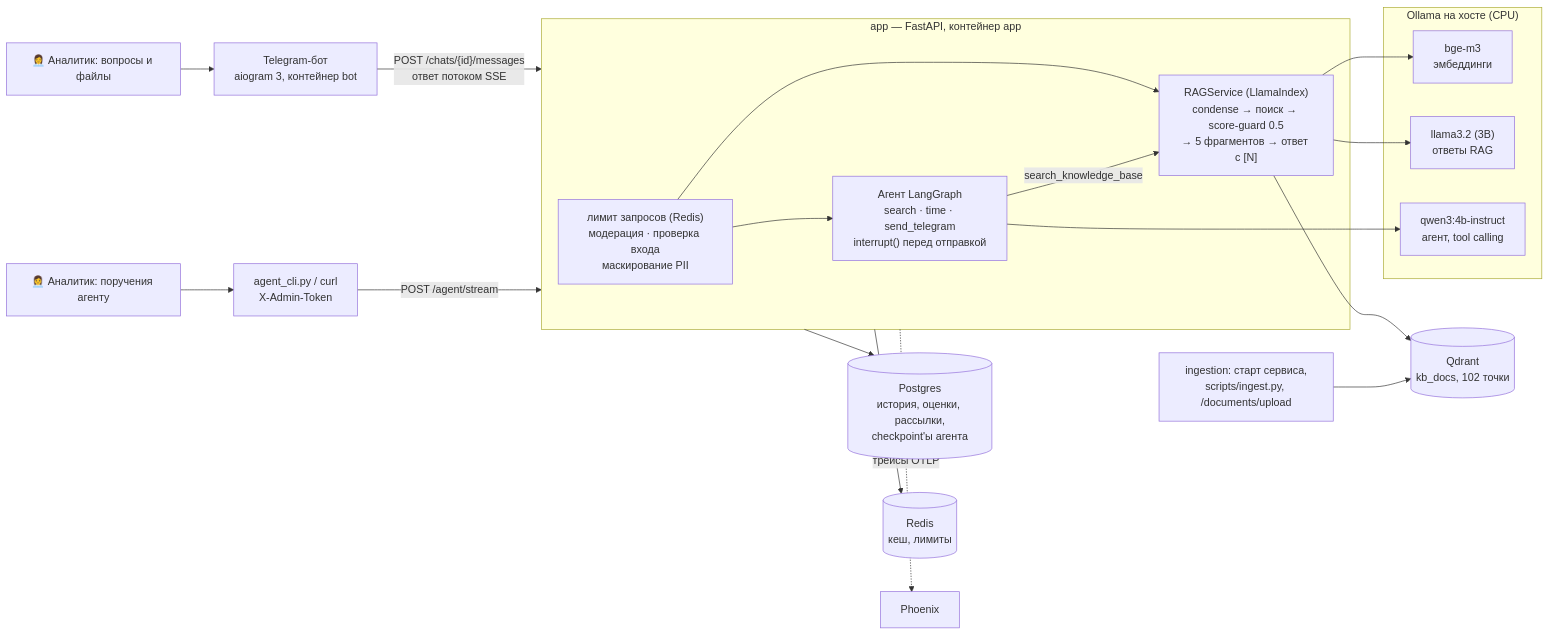
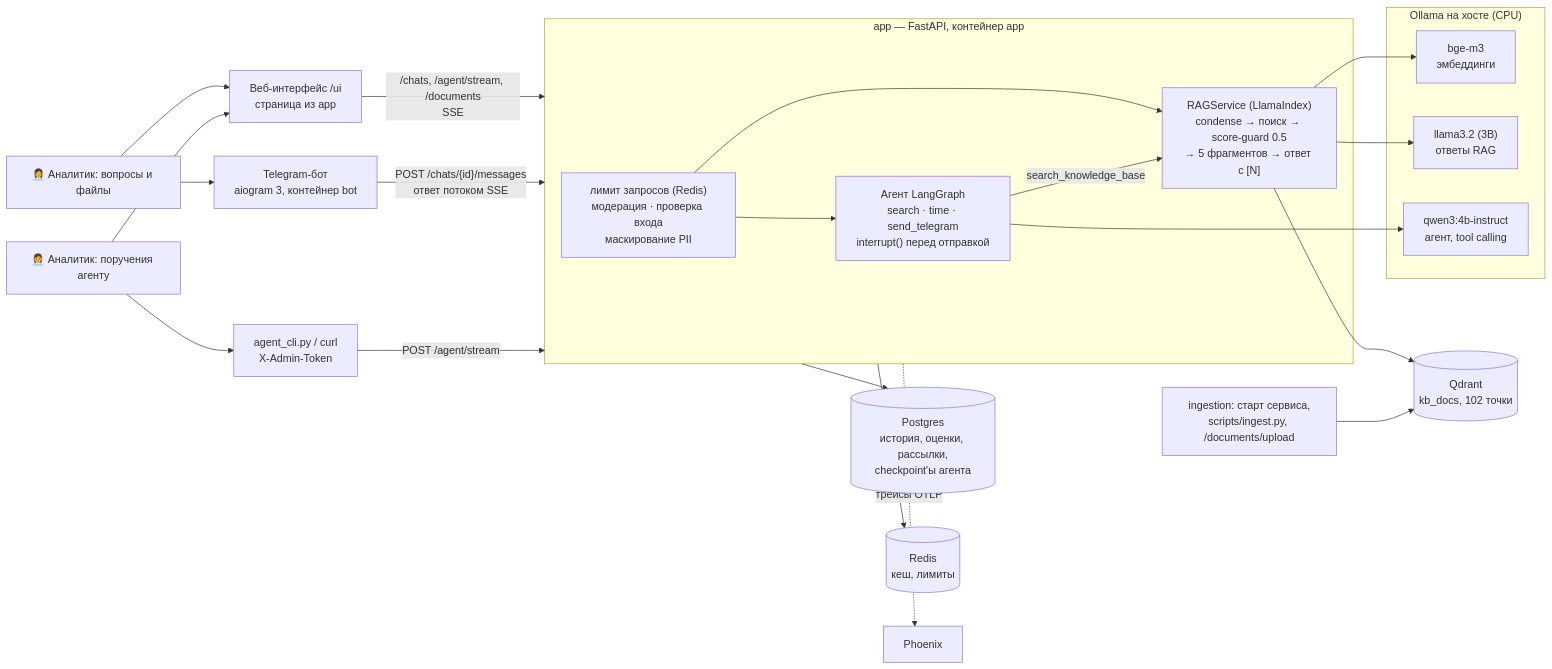
The diagram in docs/decisions.md (AlexBuQA/multapi), drawn with Mermaid before and after one commit. The commit also changed other lines of this file and 8 other files, not shown here.

First line of the commit message:
Веб-интерфейс /ui, инструкция для локального развертывания прототипа, лицензия

````diff
--- a/docs/decisions.md
+++ b/docs/decisions.md
@@ -113,28 +113,31 @@
 ```mermaid
 flowchart LR
-    U["👩‍💼 Аналитик: вопросы и файлы"] --> BOT["Telegram-бот<br/>aiogram 3, контейнер bot"]
-    OP["👩‍💼 Аналитик: поручения агенту"] --> CLI["agent_cli.py / curl<br/>X-Admin-Token"]
+    U["👩‍💼 Аналитик: вопросы и файлы"] --> WEB["Веб-интерфейс /ui<br/>страница из app"]
+    U --> BOT["Telegram-бот<br/>aiogram 3, контейнер bot"]
+    OP["👩‍💼 Аналитик: поручения агенту"] --> WEB
+    OP --> CLI["agent_cli.py / curl<br/>X-Admin-Token"]
+    WEB -->|"/chats, /agent/stream, /documents<br/>SSE"| APP
     BOT -->|"POST /chats/{id}/messages<br/>ответ потоком SSE"| APP
     CLI -->|"POST /agent/stream"| APP
     subgraph APP["app — FastAPI, контейнер app"]
         MW["лимит запросов (Redis)<br/>модерация · проверка входа<br/>маскирование PII"]
         RAG["RAGService (LlamaIndex)<br/>condense → поиск → score-guard 0.5<br/>→ 5 фрагментов → ответ с [N]"]
         AG["Агент LangGraph<br/>search · time · send_telegram<br/>interrupt() перед отправкой"]
         MW --> RAG
         MW --> AG
         AG -->|"search_knowledge_base"| RAG
     end
     subgraph OLL["Ollama на хосте (CPU)"]
         EMB["bge-m3<br/>эмбеддинги"]
         LLM["llama3.2 (3B)<br/>ответы RAG"]
         AGM["qwen3:4b-instruct<br/>агент, tool calling"]
     end
     RAG --> EMB
     RAG --> LLM
     AG --> AGM
     RAG --> QD[("Qdrant<br/>kb_docs, 102 точки")]
     APP --> PG[("Postgres<br/>история, оценки, рассылки,<br/>checkpoint'ы агента")]
     APP --> RD[("Redis<br/>кеш, лимиты")]
     APP -.->|"трейсы OTLP"| PHX["Phoenix"]
     ING["ingestion: старт сервиса,<br/>scripts/ingest.py, /documents/upload"] --> QD
 ```
````
